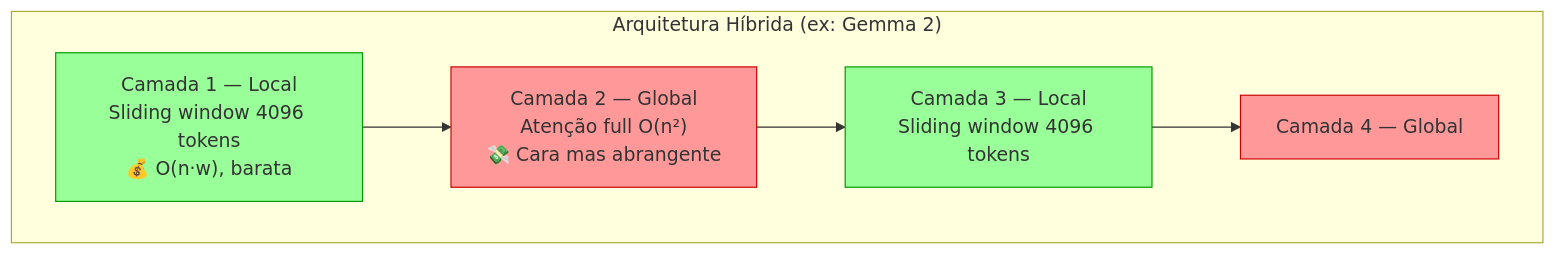
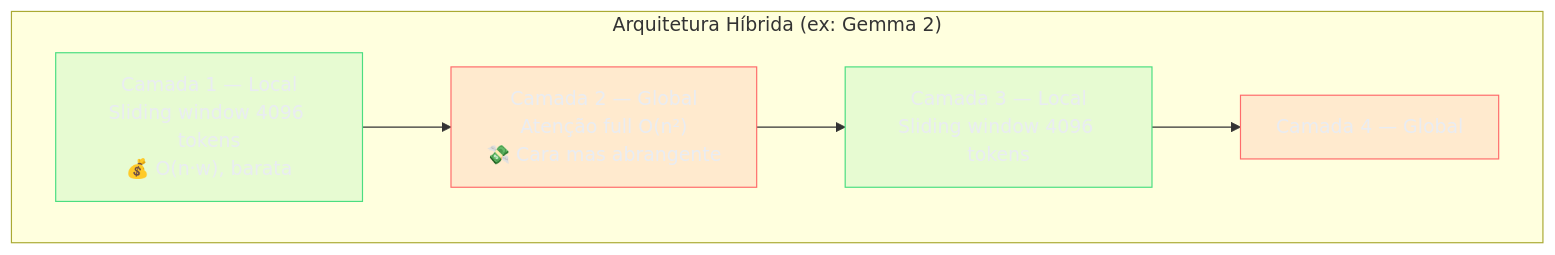
Before and after one commit to josenaldo/codex-technomanticus: the fifth of 5 diagrams in 03-Dominios/Tecnologia/IA/Anatomia dos LLMs/04c - Atenção eficiente — FlashAttention, sparse e híbrida.md, drawn with Mermaid. The commit also changed other lines of this file and 1181 other files, not shown here.

First line of the commit message:
fix(diagramas): paleta do sistema no lugar de cor cravada no markdown

````diff
--- a/03-Dominios/Tecnologia/IA/Anatomia dos LLMs/04c - Atenção eficiente — FlashAttention, sparse e híbrida.md
+++ b/03-Dominios/Tecnologia/IA/Anatomia dos LLMs/04c - Atenção eficiente — FlashAttention, sparse e híbrida.md
@@ -167,14 +176,16 @@
 ```mermaid
 graph TD
+    classDef ok fill:#4ADE8021,stroke:#4ADE80,color:#E9ECF2
+    classDef falha fill:#FF6B6B24,stroke:#FF6B6B,color:#E9ECF2
     subgraph "Arquitetura Híbrida (ex: Gemma 2)"
         L1["Camada 1 — Local\nSliding window 4096 tokens\n💰 O(n·w), barata"]
         L2["Camada 2 — Global\nAtenção full O(n²)\n💸 Cara mas abrangente"]
         L3["Camada 3 — Local\nSliding window 4096 tokens"]
         L4["Camada 4 — Global"]
         L1 --> L2 --> L3 --> L4
     end
-    style L1 fill:#99ff99,stroke:#009900
-    style L2 fill:#ff9999,stroke:#cc0000
-    style L3 fill:#99ff99,stroke:#009900
-    style L4 fill:#ff9999,stroke:#cc0000
+    class L1 ok
+    class L2 falha
+    class L3 ok
+    class L4 falha
 ```
````
